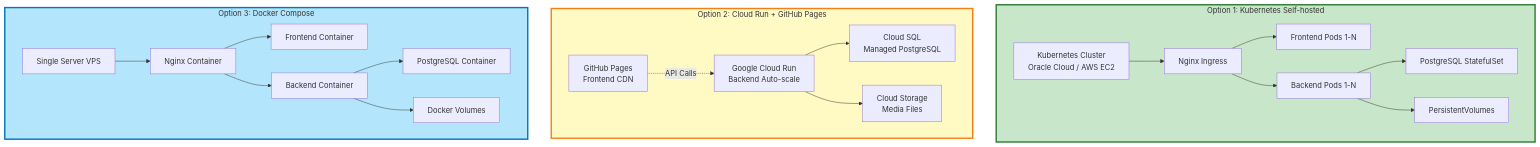
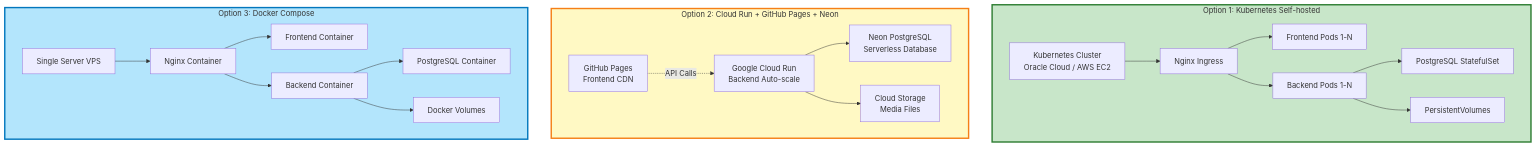
Before and after one commit to jothep/story-filler: the seventh of 9 diagrams in docs/architecture-diagrams.md, drawn with Mermaid.

Commit message:
Fix: Update Option 2 diagram to use Neon PostgreSQL instead of Cloud SQL
Corrected deployment comparison diagram to accurately reflect current
production environment which uses Neon PostgreSQL (serverless), not
Google Cloud SQL (managed).

Changed:
- Option 2 title: Added '+ Neon'
- Database component: 'Cloud SQL' → 'Neon PostgreSQL'
- Description: 'Managed PostgreSQL' → 'Serverless Database'

````diff
--- a/docs/architecture-diagrams.md
+++ b/docs/architecture-diagrams.md
@@ -364,47 +364,47 @@
 ```mermaid
 graph TB
     subgraph Option1[Option 1: Kubernetes Self-hosted]
         K8sCluster[Kubernetes Cluster<br/>Oracle Cloud / AWS EC2]
         K8sIngress[Nginx Ingress]
         K8sFrontend[Frontend Pods 1-N]
         K8sBackend[Backend Pods 1-N]
         K8sDB[PostgreSQL StatefulSet]
         K8sPVC[PersistentVolumes]
         
         K8sCluster --> K8sIngress
         K8sIngress --> K8sFrontend
         K8sIngress --> K8sBackend
         K8sBackend --> K8sDB
         K8sBackend --> K8sPVC
     end
     
-    subgraph Option2[Option 2: Cloud Run + GitHub Pages]
+    subgraph Option2[Option 2: Cloud Run + GitHub Pages + Neon]
         GHPages[GitHub Pages<br/>Frontend CDN]
         CloudRun[Google Cloud Run<br/>Backend Auto-scale]
-        CloudSQL[Cloud SQL<br/>Managed PostgreSQL]
+        NeonDB[Neon PostgreSQL<br/>Serverless Database]
         CloudStorage[Cloud Storage<br/>Media Files]
         
         GHPages -.->|API Calls| CloudRun
-        CloudRun --> CloudSQL
+        CloudRun --> NeonDB
         CloudRun --> CloudStorage
     end
     
     subgraph Option3[Option 3: Docker Compose]
         DockerHost[Single Server VPS]
         Nginx[Nginx Container]
         DCFrontend[Frontend Container]
         DCBackend[Backend Container]
         DCDB[PostgreSQL Container]
         Volumes[Docker Volumes]
         
         DockerHost --> Nginx
         Nginx --> DCFrontend
         Nginx --> DCBackend
         DCBackend --> DCDB
         DCBackend --> Volumes
     end
 
     style Option1 fill:#c8e6c9,stroke:#2e7d32,stroke-width:3px
     style Option2 fill:#fff9c4,stroke:#f57f17,stroke-width:3px
     style Option3 fill:#b3e5fc,stroke:#0277bd,stroke-width:3px
 ```
````
